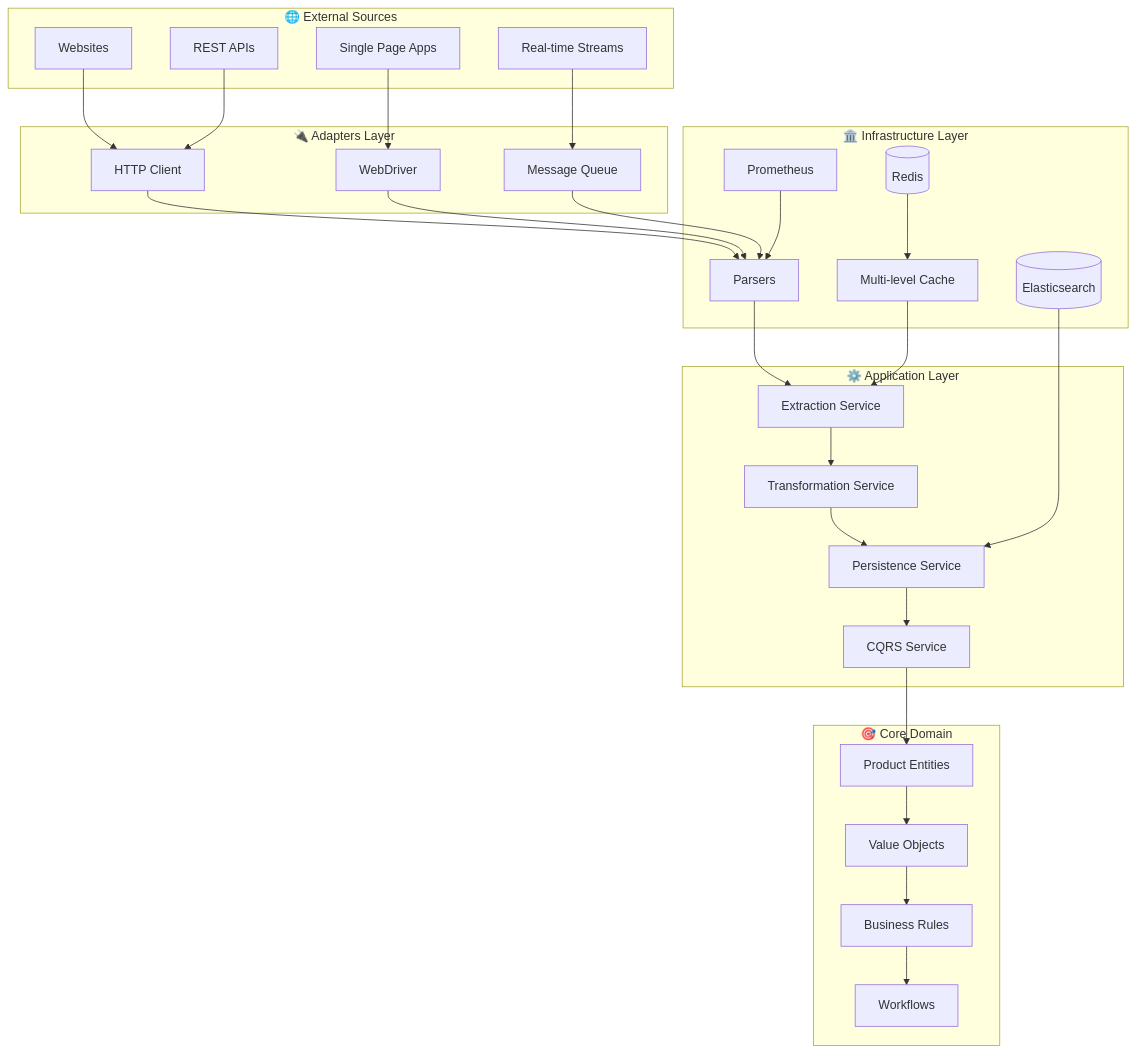
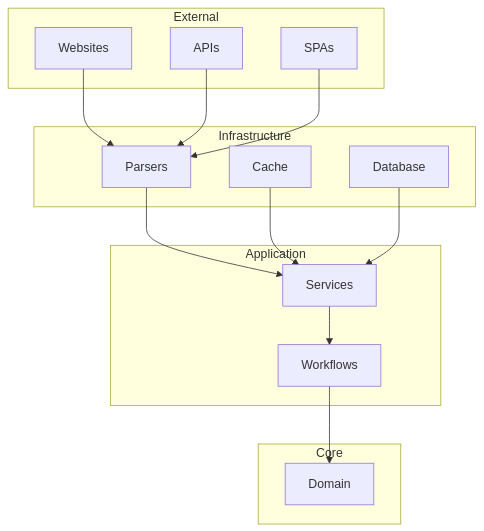
One commit to TensorScholar/data-acquisition-framework changed the diagram in README.md. Above: the diagram before and after it, drawn with Mermaid.

Commit message:
docs: Simplify architecture diagram to clean and elegant design
- Removed overly complex diagram with too many components
- Created simple, clean 4-layer architecture visualization
- Used minimal labels and clear data flow
- Much more readable and professional appearance

````diff
--- a/README.md
+++ b/README.md
@@ -12,61 +12,32 @@
 ```mermaid
 graph TB
-    subgraph "🌐 External Sources"
-        WEB[Websites]
-        API[REST APIs]
-        SPA[Single Page Apps]
-        STREAM[Real-time Streams]
+    subgraph "External"
+        A[Websites]
+        B[APIs]
+        C[SPAs]
     end
     
-    subgraph "🔌 Adapters Layer"
-        HTTP[HTTP Client]
-        SEL[WebDriver]
-        QUEUE[Message Queue]
+    subgraph "Infrastructure"
+        D[Parsers]
+        E[Cache]
+        F[Database]
     end
     
-    subgraph "🏛️ Infrastructure Layer"
-        PARSE[Parsers]
-        CACHE[Multi-level Cache]
-        DB[(Elasticsearch)]
-        REDIS[(Redis)]
-        MONITOR[Prometheus]
+    subgraph "Application"
+        G[Services]
+        H[Workflows]
     end
     
-    subgraph "⚙️ Application Layer"
-        EXTRACT[Extraction Service]
-        TRANSFORM[Transformation Service]
-        PERSIST[Persistence Service]
-        CQRS[CQRS Service]
+    subgraph "Core"
+        I[Domain]
     end
     
-    subgraph "🎯 Core Domain"
-        ENTITIES[Product Entities]
-        VALUE_OBJ[Value Objects]
-        SPECS[Business Rules]
-        WORKFLOWS[Workflows]
-    end
-    
-    WEB --> HTTP
-    API --> HTTP
-    SPA --> SEL
-    STREAM --> QUEUE
-    
-    HTTP --> PARSE
-    SEL --> PARSE
-    QUEUE --> PARSE
-    
-    PARSE --> EXTRACT
-    EXTRACT --> TRANSFORM
-    TRANSFORM --> PERSIST
-    PERSIST --> CQRS
-    
-    CQRS --> ENTITIES
-    ENTITIES --> VALUE_OBJ
-    VALUE_OBJ --> SPECS
-    SPECS --> WORKFLOWS
-    
-    CACHE --> EXTRACT
-    DB --> PERSIST
-    REDIS --> CACHE
-    MONITOR --> PARSE
+    A --> D
+    B --> D
+    C --> D
+    D --> G
+    G --> H
+    H --> I
+    E --> G
+    F --> G
 ```
````
